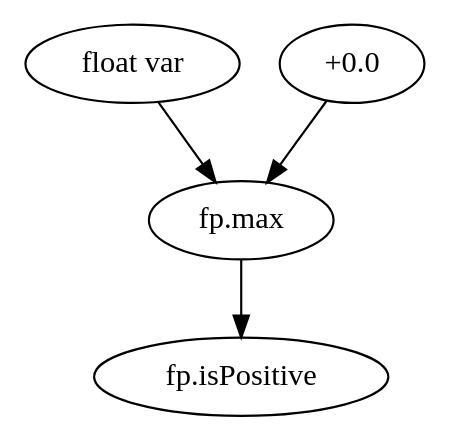
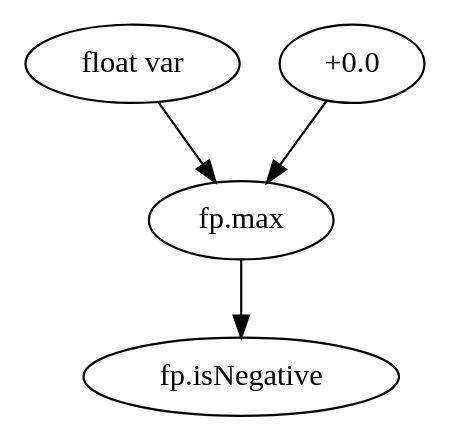
The diagram in prev_run_logs/second_logs/iteration1165.dot (MatthewTurnerCS/RSDDv2), drawn with Graphviz before and after one commit. The commit also changed 6 other files, not shown here.

```diff
--- a/prev_run_logs/second_logs/iteration1165.dot
+++ b/prev_run_logs/second_logs/iteration1165.dot
@@ -1,11 +1,11 @@
 digraph tree {
   var1  [label="float var"];
   var2  [label="+0.0"];
 
   node1 [label="fp.max"];
-  node2 [label="fp.isPositive"];
+  node2 [label="fp.isNegative"];
 
   var1  -> node1;
   var2  -> node1;
   node1 -> node2;
 }
```
